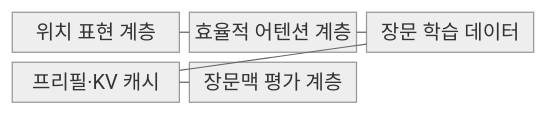
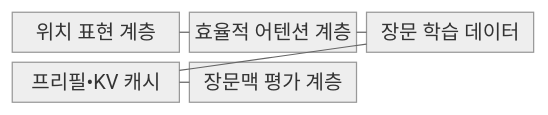
The first of 2 diagrams in src/content/docs/notes/08-latest-tech/034_long_context_llm.md (agnusdei1207/knowledge-base), drawn with Mermaid (neutral theme) before and after one commit. The commit also changed other lines of this file and 953 other files, not shown here.

````diff
--- a/src/content/docs/notes/08-latest-tech/034_long_context_llm.md
+++ b/src/content/docs/notes/08-latest-tech/034_long_context_llm.md
@@ -72,13 +72,13 @@
 ```mermaid
 block-beta
   columns 3
   A["위치 표현 계층"]
   B["효율적 어텐션 계층"]
   C["장문 학습 데이터"]
-  D["프리필·KV 캐시"]
+  D["프리필•KV 캐시"]
   E["장문맥 평가 계층"]
   A --- B
   B --- C
   C --- D
   D --- E
 ```
````
